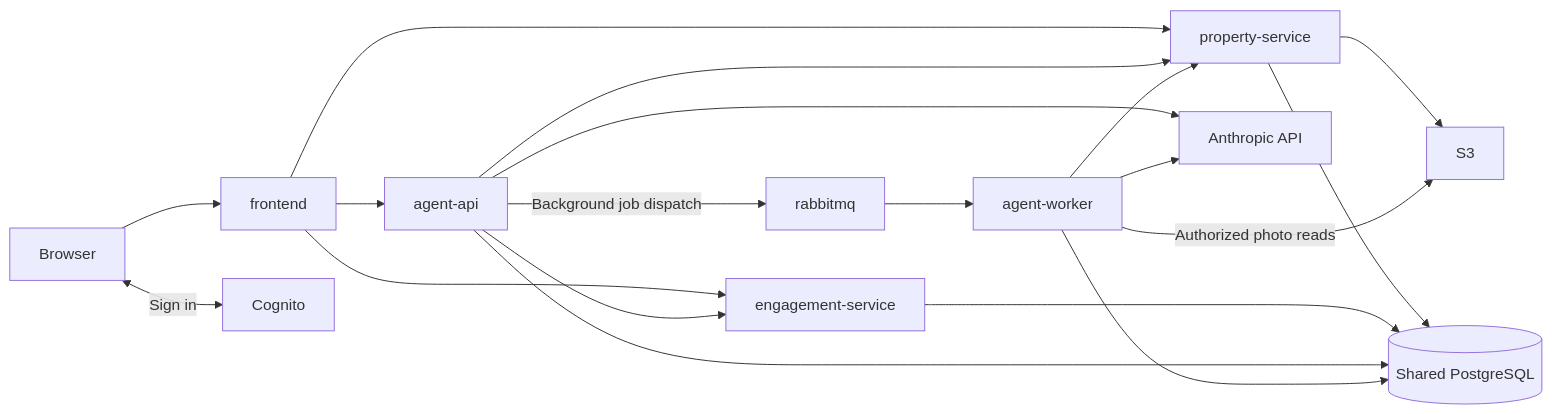
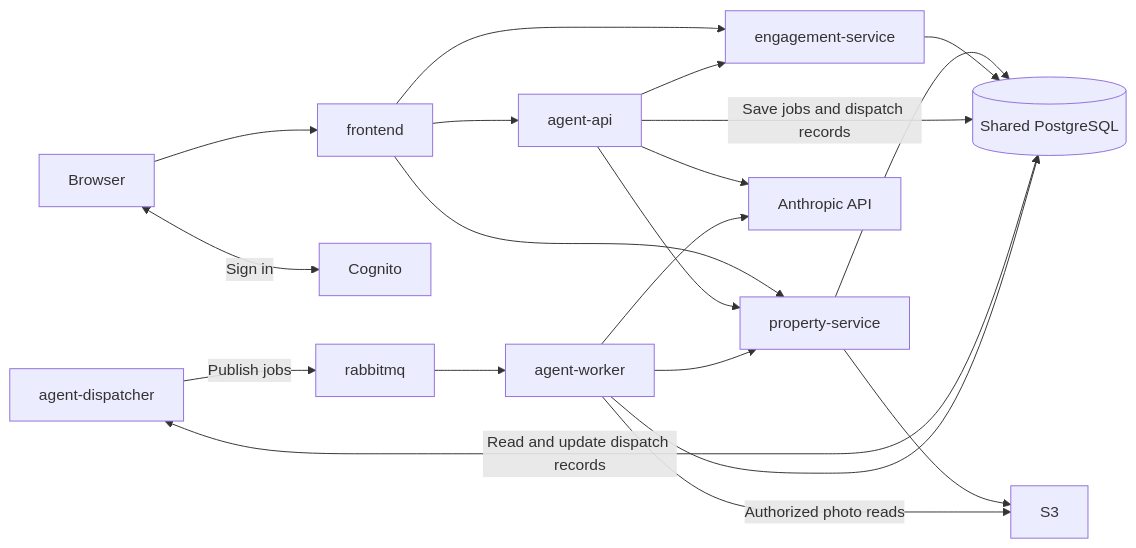
The diagram in Documentation/mvp/containers/containers.md (BigBug-Mora/BigBug-university), drawn with Mermaid before and after one commit. The commit also changed other lines of this file and 9 other files, not shown here.

Commit message:
docs: define MVP database and background job architecture

````diff
--- a/Documentation/mvp/containers/containers.md
+++ b/Documentation/mvp/containers/containers.md
@@ -18,21 +19,22 @@
 ```mermaid
 flowchart LR
     Browser["Browser"] --> UI["frontend"]
     Browser <-->|Sign in| Cognito["Cognito"]
     UI --> P["property-service"]
     UI --> E["engagement-service"]
     UI --> A["agent-api"]
     A --> P
     A --> E
-    A -->|Background job dispatch| Q["rabbitmq"]
+    D["agent-dispatcher"] -->|Publish jobs| Q["rabbitmq"]
     Q --> W["agent-worker"]
     W --> P
     P --> S3["S3"]
     W -->|Authorized photo reads| S3
     A --> Claude["Anthropic API"]
     W --> Claude
     P --> DB[("Shared PostgreSQL")]
     E --> DB
-    A --> DB
+    A -->|Save jobs and dispatch records| DB
+    D <-->|Read and update dispatch records| DB
     W --> DB
 ```
````
